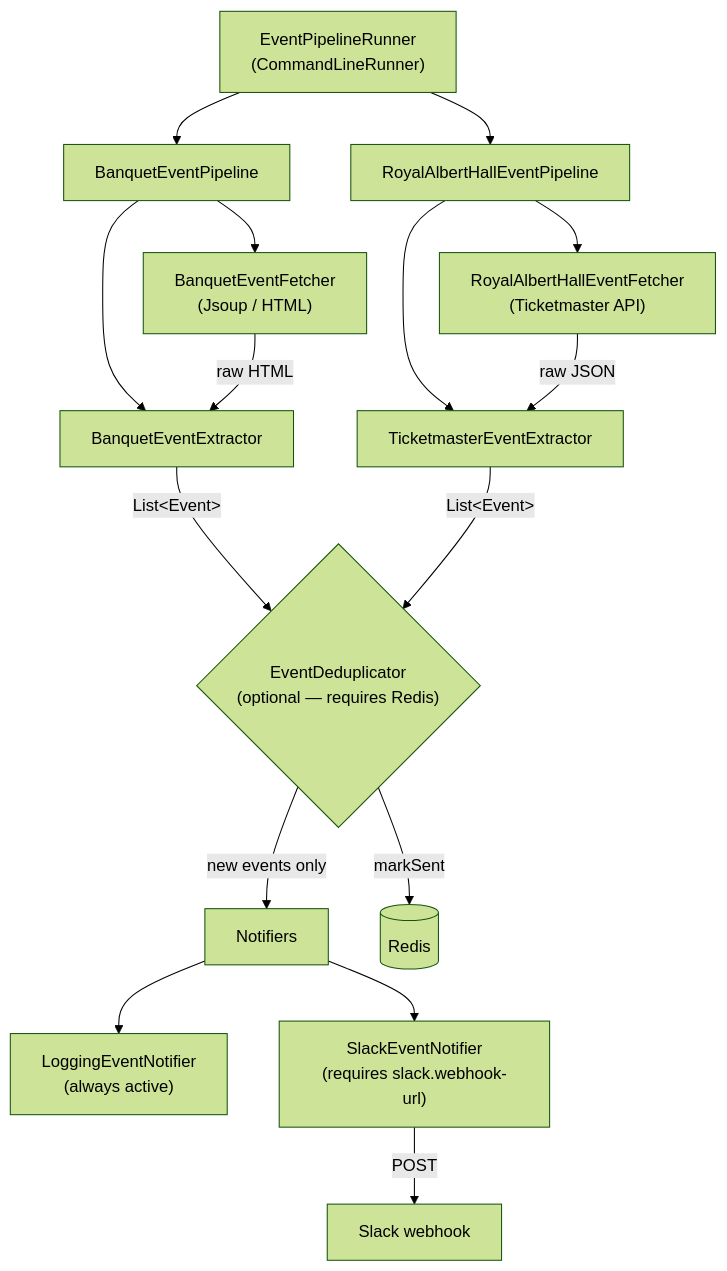
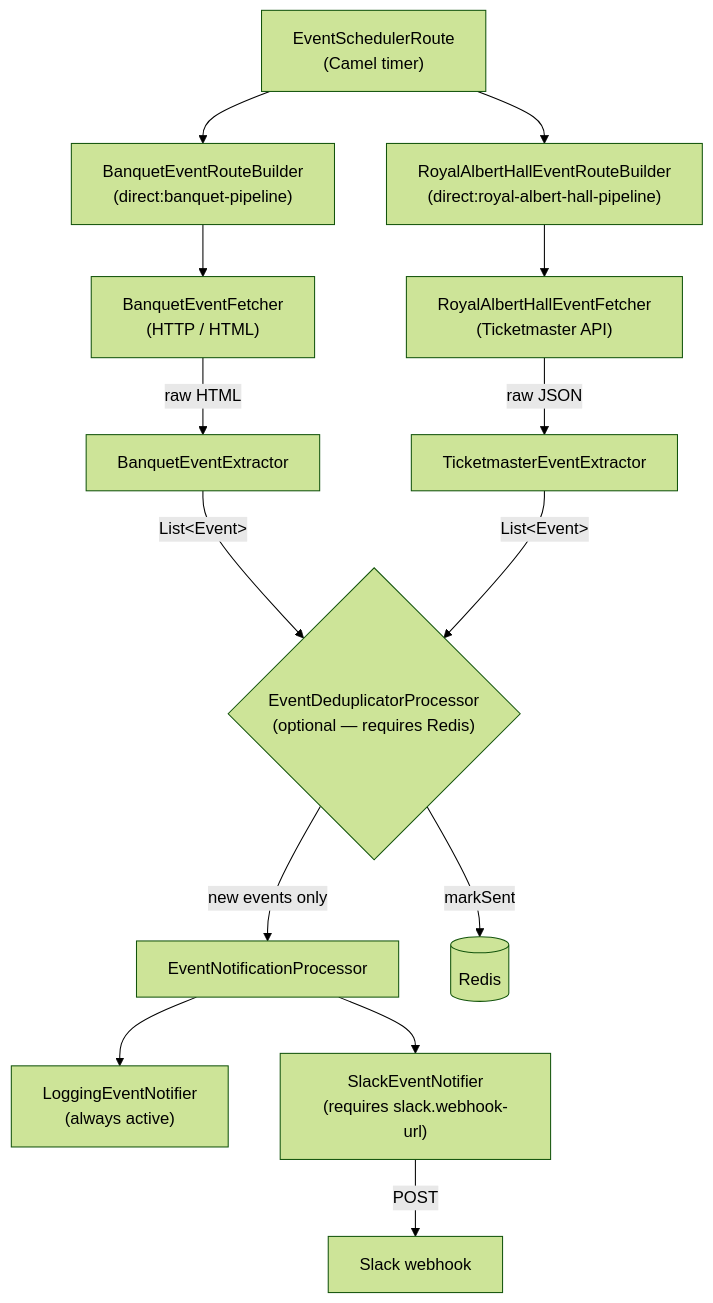
One commit to dermotmburke/gig-hub changed the diagram in README.md. Above: the diagram before and after it, drawn with Mermaid (forest theme). The commit also changed other lines of this file, not shown here.

First line of the commit message:
docs: update README to reflect Camel routes architecture and OTel tracing

````diff
--- a/README.md
+++ b/README.md
@@ -15,29 +17,26 @@
 ```mermaid
 flowchart TD
-    Job["EventPipelineRunner\n(CommandLineRunner)"]
+    Scheduler["EventSchedulerRoute\n(Camel timer)"]
 
-    Job --> BP["BanquetEventPipeline"]
-    Job --> RP["RoyalAlbertHallEventPipeline"]
+    Scheduler --> BR["BanquetEventRouteBuilder\n(direct:banquet-pipeline)"]
+    Scheduler --> RR["RoyalAlbertHallEventRouteBuilder\n(direct:royal-albert-hall-pipeline)"]
 
-    BP --> BF["BanquetEventFetcher\n(Jsoup / HTML)"]
-    BP --> BE["BanquetEventExtractor"]
+    BR --> BF["BanquetEventFetcher\n(HTTP / HTML)"]
+    RR --> RF["RoyalAlbertHallEventFetcher\n(Ticketmaster API)"]
 
-    RP --> RF["RoyalAlbertHallEventFetcher\n(Ticketmaster API)"]
-    RP --> TE["TicketmasterEventExtractor"]
-
-    BF --> |raw HTML| BE
-    RF --> |raw JSON| TE
+    BF --> |raw HTML| BE["BanquetEventExtractor"]
+    RF --> |raw JSON| TE["TicketmasterEventExtractor"]
 
     BE --> |List&lt;Event&gt;| Dedup
     TE --> |List&lt;Event&gt;| Dedup
 
-    Dedup{"EventDeduplicator\n(optional — requires Redis)"}
+    Dedup{"EventDeduplicatorProcessor\n(optional — requires Redis)"}
     Dedup --> |new events only| Notify
 
-    Notify["Notifiers"]
+    Notify["EventNotificationProcessor"]
     Notify --> Log["LoggingEventNotifier\n(always active)"]
     Notify --> Slack["SlackEventNotifier\n(requires slack.webhook-url)"]
 
     Dedup --> |markSent| Redis[("Redis")]
     Slack --> |POST| SlackAPI["Slack webhook"]
 ```
````
